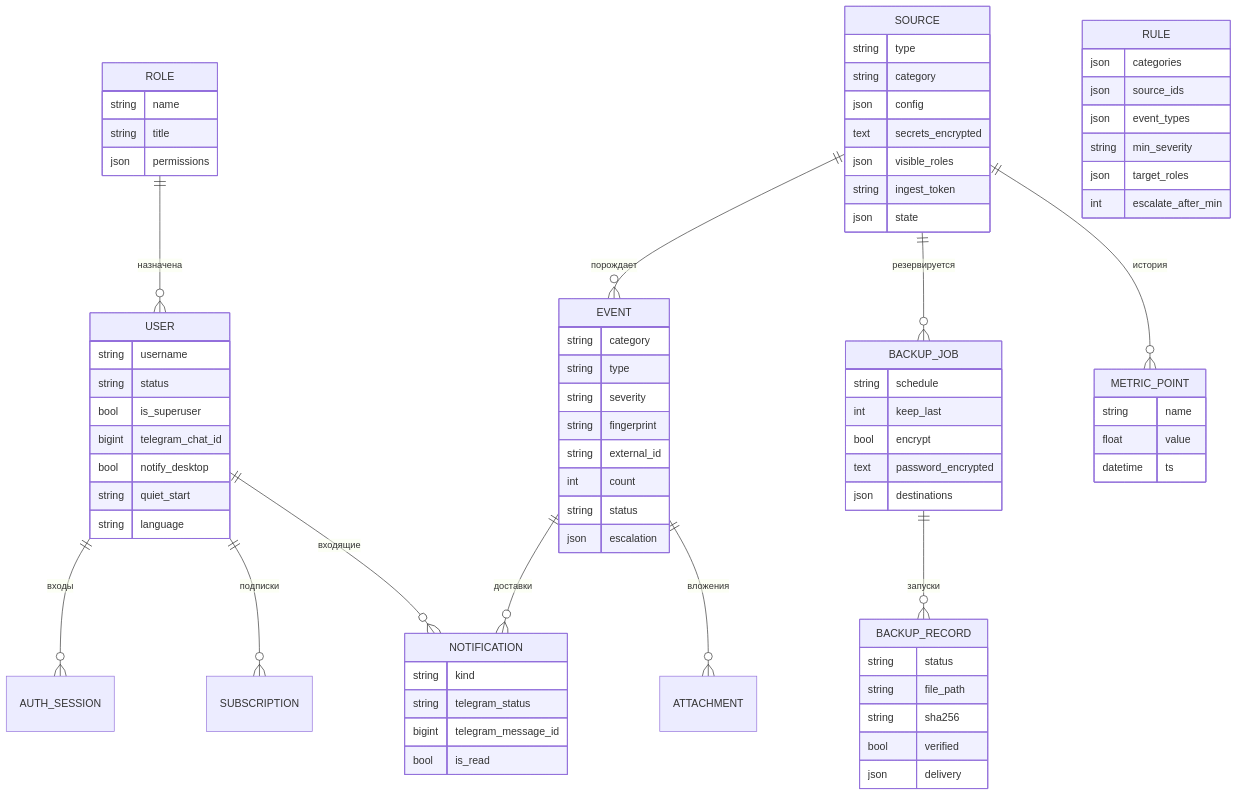
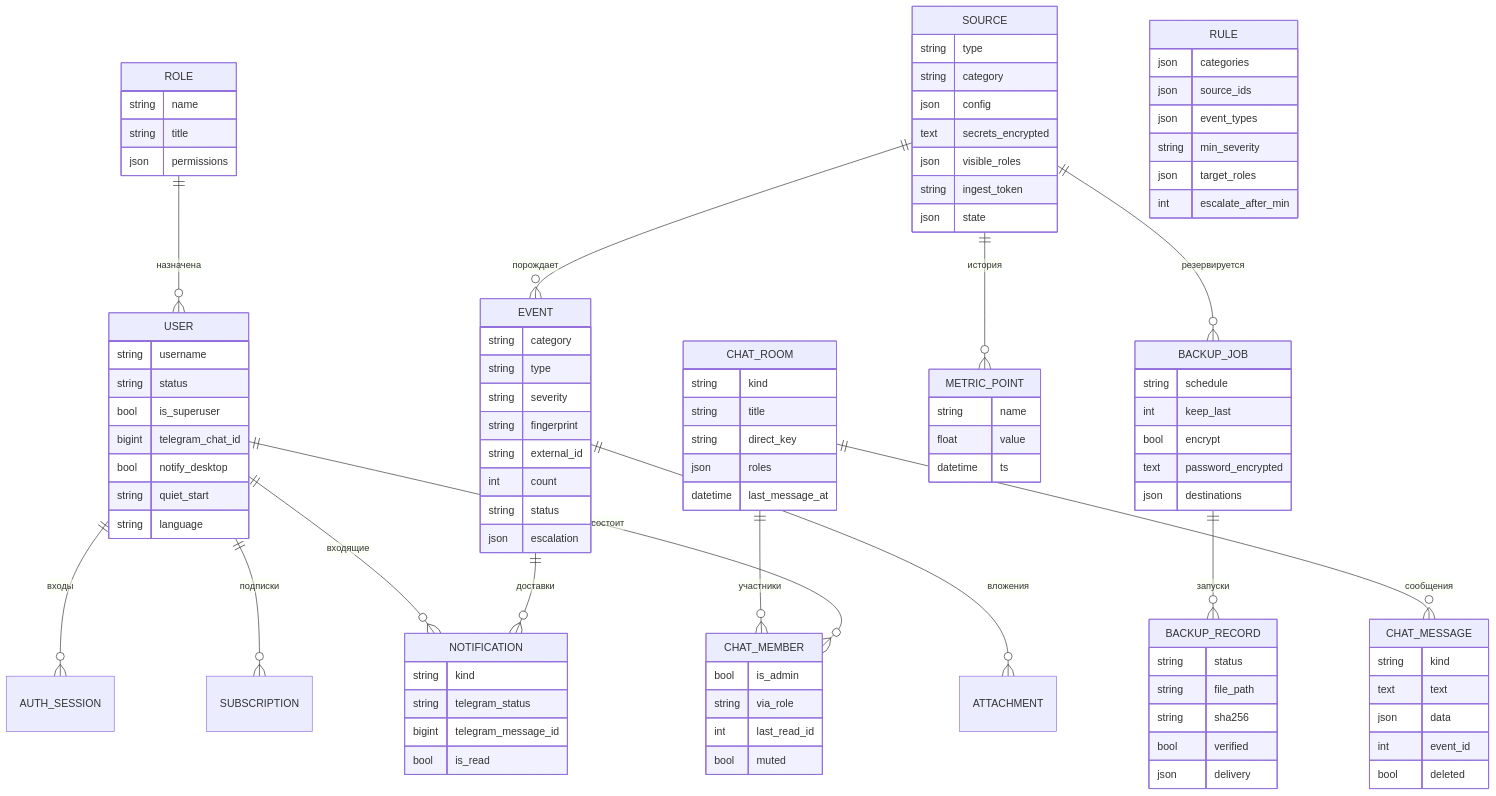
The second of 3 diagrams in docs/architecture.md (artemalekseev926-byte/OpsWatch), drawn with Mermaid before and after one commit. The commit also changed other lines of this file and 58 other files, not shown here.

````diff
--- a/docs/architecture.md
+++ b/docs/architecture.md
@@ -93,23 +99,29 @@
 ```mermaid
 erDiagram
     ROLE ||--o{ USER : "назначена"
     USER ||--o{ AUTH_SESSION : "входы"
     USER ||--o{ SUBSCRIPTION : "подписки"
     USER ||--o{ NOTIFICATION : "входящие"
     SOURCE ||--o{ EVENT : "порождает"
     EVENT ||--o{ ATTACHMENT : "вложения"
     EVENT ||--o{ NOTIFICATION : "доставки"
     SOURCE ||--o{ BACKUP_JOB : "резервируется"
     BACKUP_JOB ||--o{ BACKUP_RECORD : "запуски"
     SOURCE ||--o{ METRIC_POINT : "история"
+    CHAT_ROOM ||--o{ CHAT_MEMBER : "участники"
+    CHAT_ROOM ||--o{ CHAT_MESSAGE : "сообщения"
+    USER ||--o{ CHAT_MEMBER : "состоит"
 
     ROLE { string name string title json permissions }
     USER { string username string status bool is_superuser bigint telegram_chat_id bool notify_desktop string quiet_start string language }
     SOURCE { string type string category json config text secrets_encrypted json visible_roles string ingest_token json state }
     EVENT { string category string type string severity string fingerprint string external_id int count string status json escalation }
     RULE { json categories json source_ids json event_types string min_severity json target_roles int escalate_after_min }
     BACKUP_JOB { string schedule int keep_last bool encrypt text password_encrypted json destinations }
     BACKUP_RECORD { string status string file_path string sha256 bool verified json delivery }
     NOTIFICATION { string kind string telegram_status bigint telegram_message_id bool is_read }
     METRIC_POINT { string name float value datetime ts }
+    CHAT_ROOM { string kind string title string direct_key json roles datetime last_message_at }
+    CHAT_MEMBER { bool is_admin string via_role int last_read_id bool muted }
+    CHAT_MESSAGE { string kind text text json data int event_id bool deleted }
 ```
````
